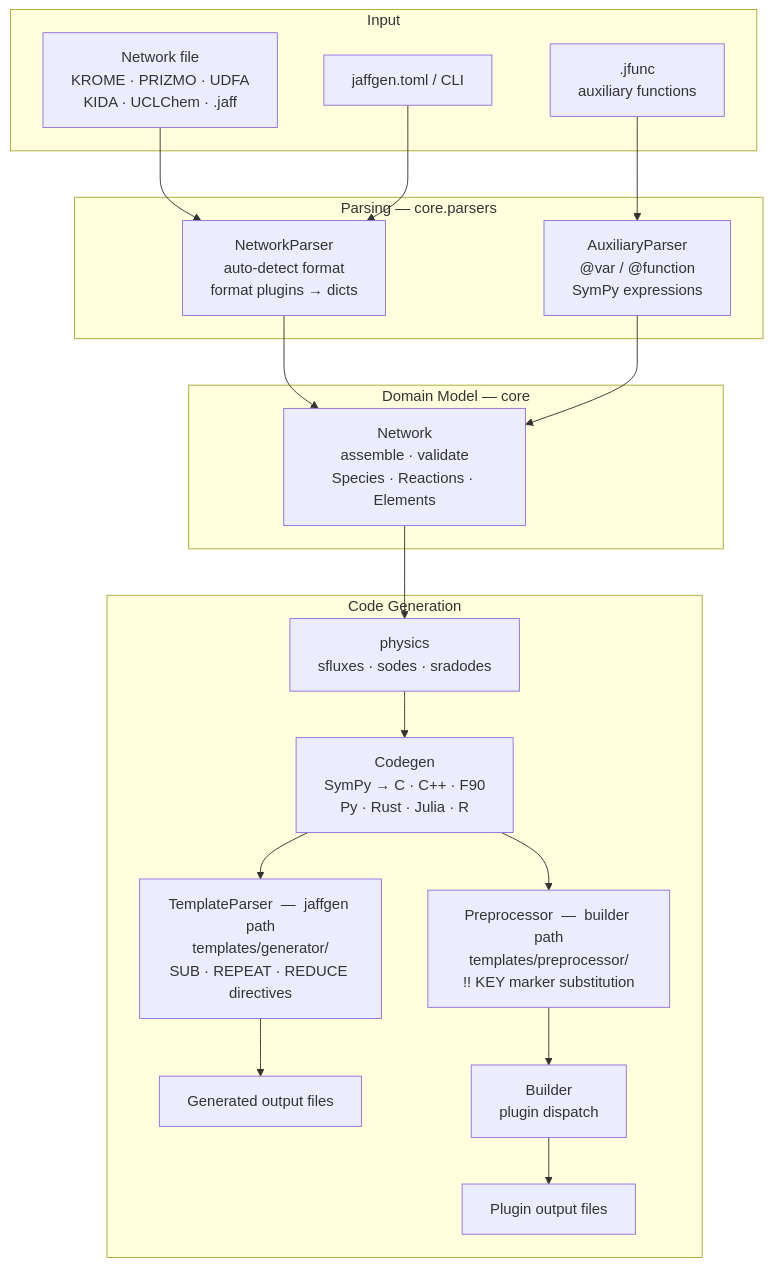
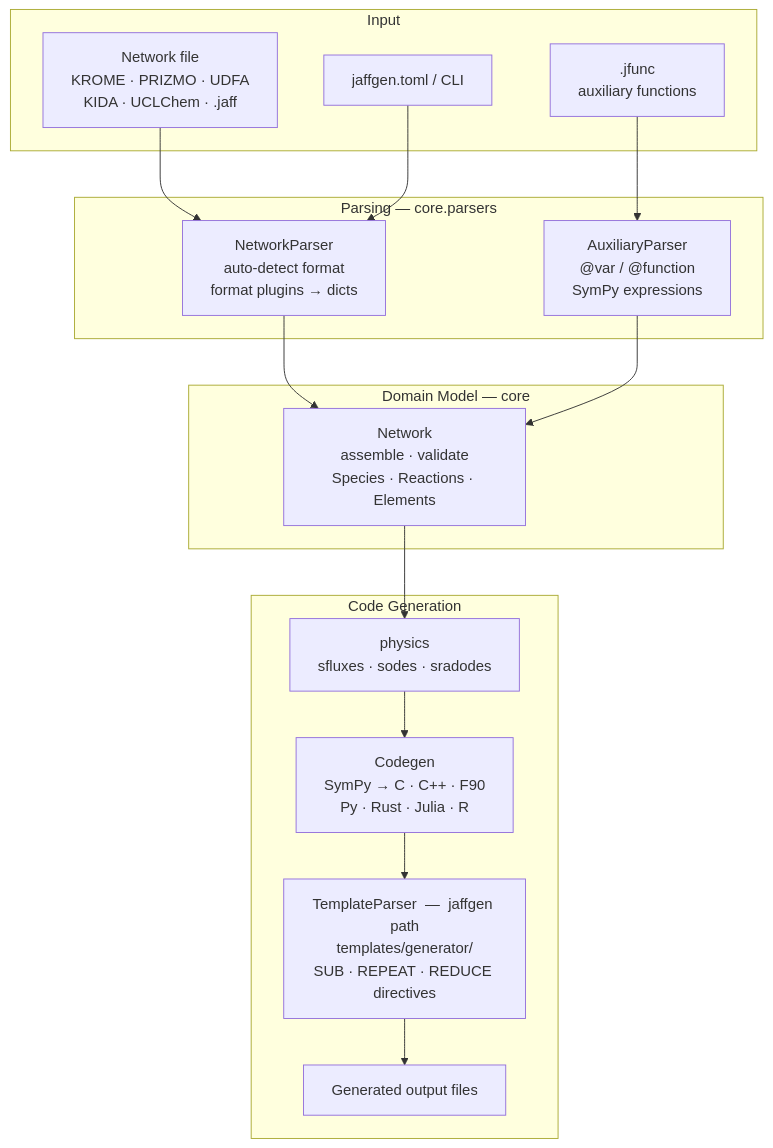
Before and after one commit to BenWibking/jaff: the diagram in docs/development/codebase-structure.md, drawn with Mermaid. The commit also changed other lines of this file and 20 other files, not shown here.

````diff
--- a/docs/development/codebase-structure.md
+++ b/docs/development/codebase-structure.md
@@ -184,40 +177,36 @@
 ```mermaid
 %%{init: {"flowchart": {"useMaxWidth": false}}}%%
 flowchart TD
     subgraph input_sg ["Input"]
         NF["Network file\nKROME · PRIZMO · UDFA\nKIDA · UCLChem · .jaff"]
         JF[".jfunc\nauxiliary functions"]
         CFG["jaffgen.toml / CLI"]
     end
 
     subgraph parse_sg ["Parsing  —  core.parsers"]
         NE["NetworkParser\nauto-detect format\nformat plugins → dicts"]
         AE["AuxiliaryParser\n@var / @function\nSymPy expressions"]
     end
 
     subgraph model_sg ["Domain Model  —  core"]
         NET["Network\nassemble · validate\nSpecies · Reactions · Elements"]
     end
 
     subgraph codegen_sg ["Code Generation"]
         EQ["physics\nsfluxes · sodes · sradodes"]
         CG["Codegen\nSymPy → C · C++ · F90\nPy · Rust · Julia · R"]
         TP["TemplateParser  —  jaffgen path\ntemplates/generator/\nSUB · REPEAT · REDUCE directives"]
         OUT_G["Generated output files"]
-        PP["Preprocessor  —  builder path\ntemplates/preprocessor/\n!! KEY marker substitution"]
-        BL["Builder\nplugin dispatch"]
-        OUT_B["Plugin output files"]
     end
 
     NF --> NE
     JF --> AE
     CFG --> NE
 
     NE --> NET
     AE --> NET
 
     NET --> EQ --> CG
 
     CG --> TP --> OUT_G
-    CG --> PP --> BL --> OUT_B
 ```
````
